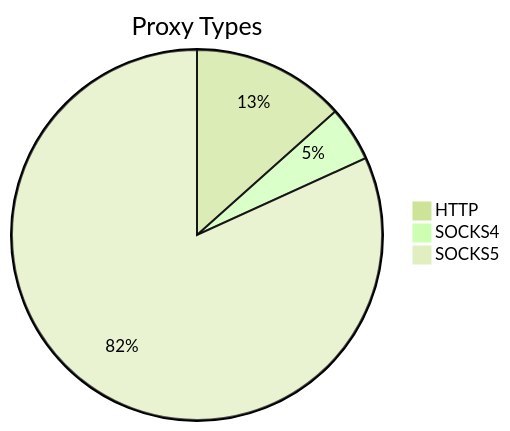
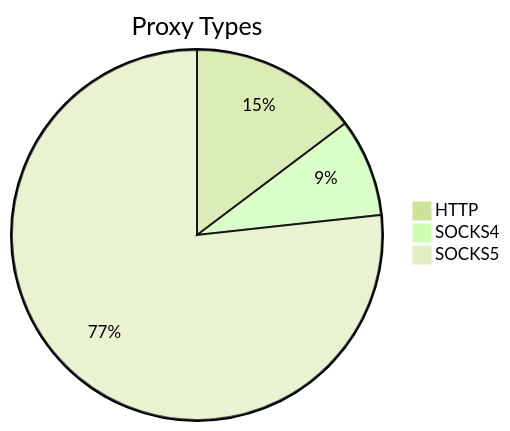
One commit to stormsia/proxy-list changed the first of 2 diagrams in README.md. Above: the diagram before and after it, drawn with Mermaid (forest theme). The commit also changed other lines of this file, not shown here.

````diff
--- a/README.md
+++ b/README.md
@@ -21,6 +21,6 @@
 ```mermaid
 pie title Proxy Types
-    "HTTP" : 120
-    "SOCKS4" : 43
-    "SOCKS5" : 733
+    "HTTP" : 98
+    "SOCKS4" : 57
+    "SOCKS5" : 511
 ```
````
